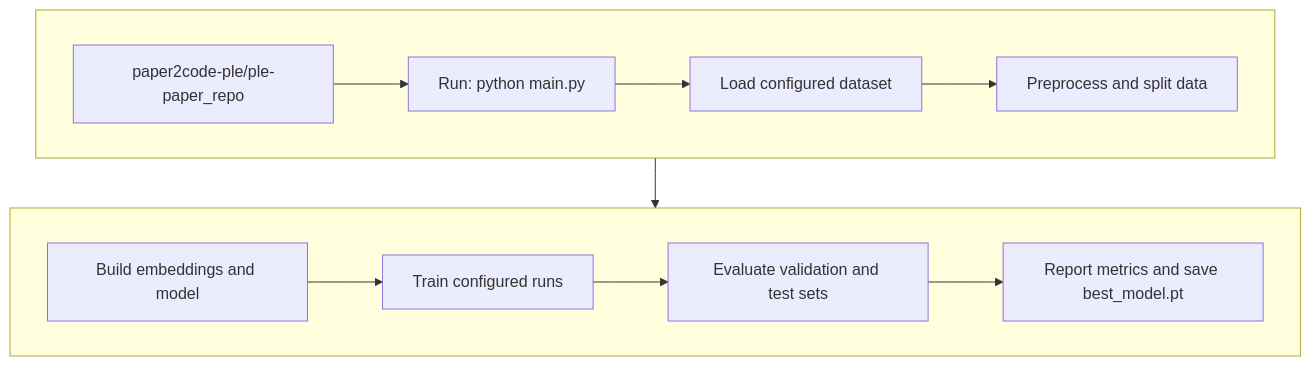
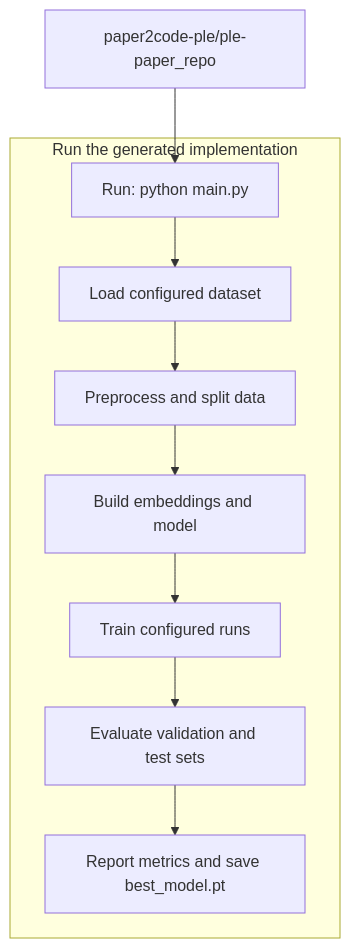
Before and after one commit to jimthompson5802/paper2code-ple: the sixth of 6 diagrams in README.md, drawn with Mermaid. The commit also changed other lines of this file, not shown here.

Commit message:
Refactor analysis and coding flowcharts in README.md for improved clarity and structure

````diff
--- a/README.md
+++ b/README.md
@@ -136,12 +147,11 @@
 ```mermaid
 flowchart TB
-  subgraph runtime_top[" "]
-    direction LR
-    implementation[paper2code-ple/ple-paper_repo] --> run[Run: python main.py] --> data[Load configured dataset] --> preprocess[Preprocess and split data]
+  implementation[paper2code-ple/ple-paper_repo]
+  subgraph runtime["Run the generated implementation"]
+    run[Run: python main.py] --> data[Load configured dataset] --> preprocess[Preprocess and split data]
+    build[Build embeddings and model] --> train[Train configured runs] --> evaluate[Evaluate validation and test sets] --> output[Report metrics and save best_model.pt]
+    preprocess --> build
   end
-  subgraph runtime_bottom[" "]
-    direction LR
-    build[Build embeddings and model] --> train[Train configured runs] --> evaluate[Evaluate validation and test sets] --> output[Report metrics and save best_model.pt]
-  end
-  preprocess --> build
+
+  implementation --> run
 ```
````
